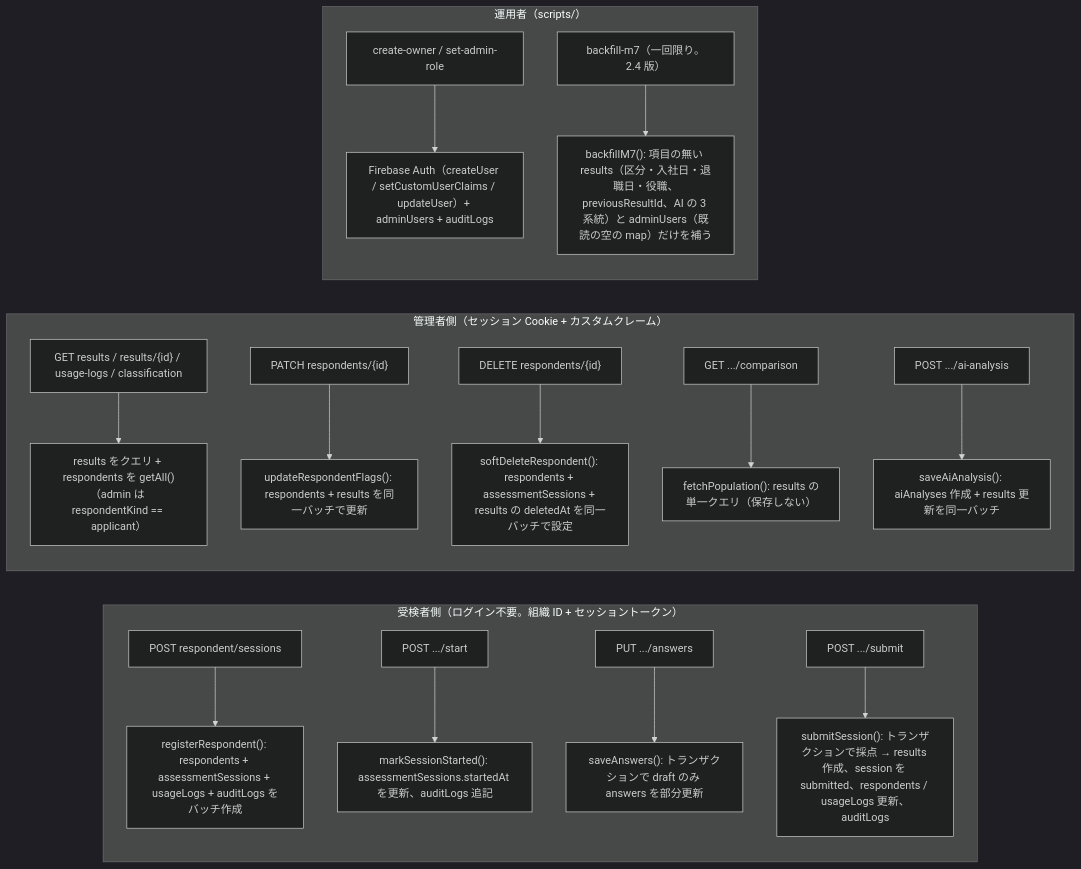
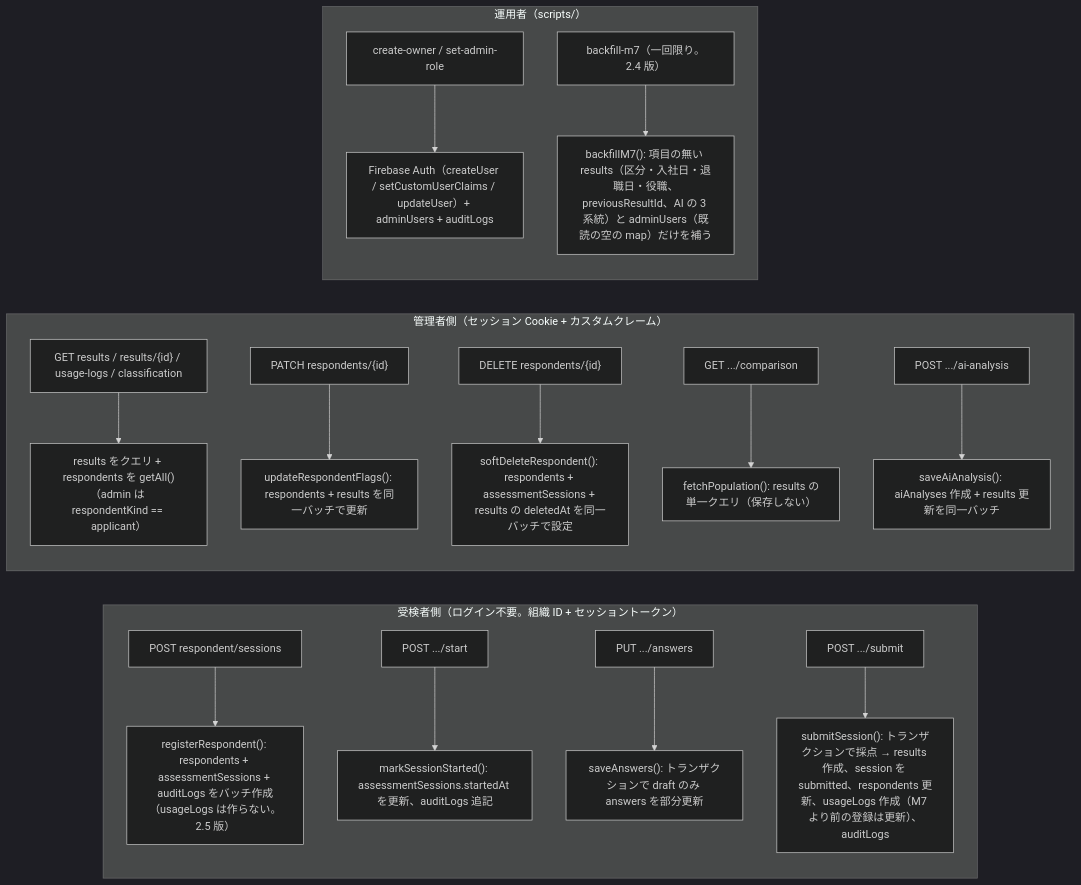
One commit to tanukichiyamaguchi/Tekisei-Kensa changed the second of 3 diagrams in docs/基本設計/02_データベース設計.md. Above: the diagram before and after it, drawn with Mermaid (dark theme). The commit also changed other lines of this file and 125 other files, not shown here.

````diff
--- a/docs/基本設計/02_データベース設計.md
+++ b/docs/基本設計/02_データベース設計.md
@@ -238,20 +237,20 @@
 ```mermaid
 flowchart LR
     subgraph respondentSide["受検者側（ログイン不要。組織 ID + セッショントークン）"]
-        R1["POST respondent/sessions"] --> T1["registerRespondent(): respondents + assessmentSessions + usageLogs + auditLogs をバッチ作成"]
+        R1["POST respondent/sessions"] --> T1["registerRespondent(): respondents + assessmentSessions + auditLogs をバッチ作成（usageLogs は作らない。2.5 版）"]
         R0["POST .../start"] --> T0["markSessionStarted(): assessmentSessions.startedAt を更新、auditLogs 追記"]
         R2["PUT .../answers"] --> T2["saveAnswers(): トランザクションで draft のみ answers を部分更新"]
-        R3["POST .../submit"] --> T3["submitSession(): トランザクションで採点 → results 作成、session を submitted、respondents / usageLogs 更新、auditLogs"]
+        R3["POST .../submit"] --> T3["submitSession(): トランザクションで採点 → results 作成、session を submitted、respondents 更新、usageLogs 作成（M7 より前の登録は更新）、auditLogs"]
     end
     subgraph adminSide["管理者側（セッション Cookie + カスタムクレーム）"]
         A1["GET results / results/{id} / usage-logs / classification"] --> T4["results をクエリ + respondents を getAll()（admin は respondentKind == applicant）"]
         A2["PATCH respondents/{id}"] --> T5["updateRespondentFlags(): respondents + results を同一バッチで更新"]
         A3["DELETE respondents/{id}"] --> T6["softDeleteRespondent(): respondents + assessmentSessions + results の deletedAt を同一バッチで設定"]
         A4["GET .../comparison"] --> T7["fetchPopulation(): results の単一クエリ（保存しない）"]
         A5["POST .../ai-analysis"] --> T8["saveAiAnalysis(): aiAnalyses 作成 + results 更新を同一バッチ"]
     end
     subgraph ops["運用者（scripts/）"]
         S1["create-owner / set-admin-role"] --> T9["Firebase Auth（createUser / setCustomUserClaims / updateUser）+ adminUsers + auditLogs"]
         S2["backfill-m7（一回限り。2.4 版）"] --> T10["backfillM7(): 項目の無い results（区分・入社日・退職日・役職、previousResultId、AI の 3 系統）と adminUsers（既読の空の map）だけを補う"]
     end
 ```
````
